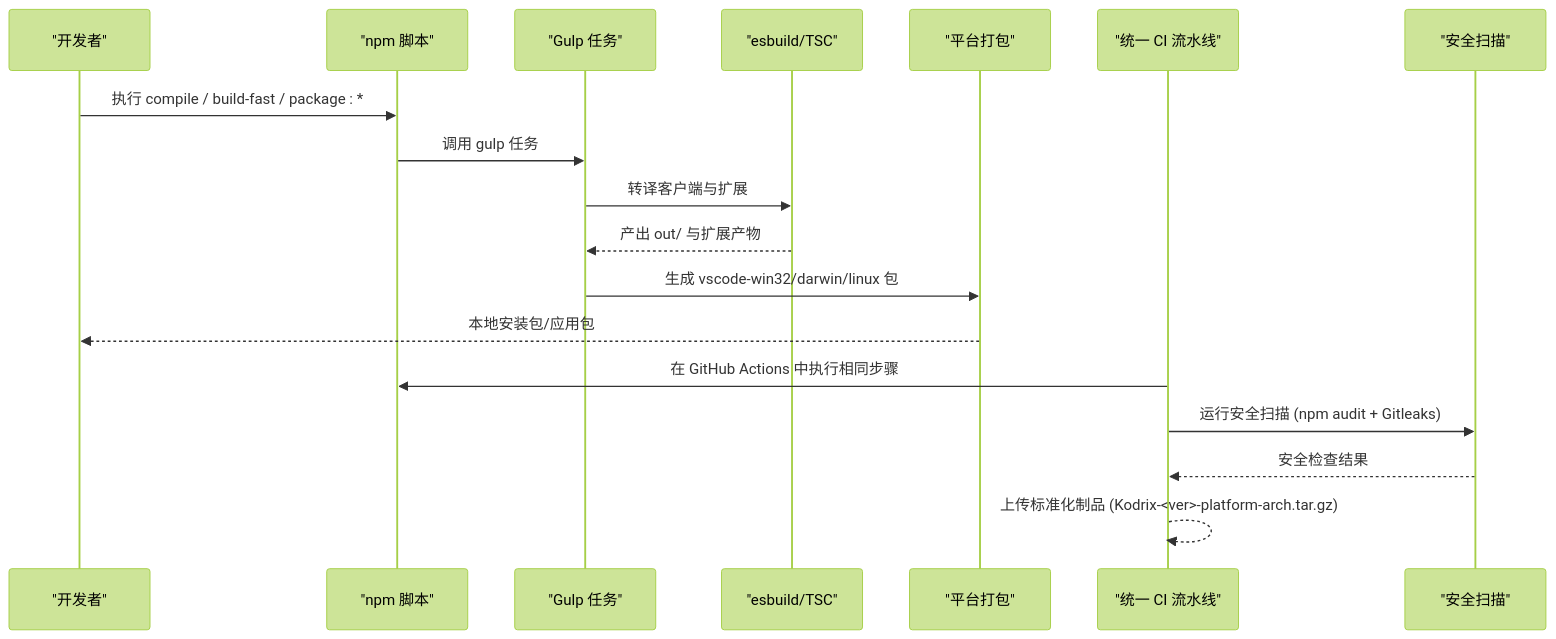
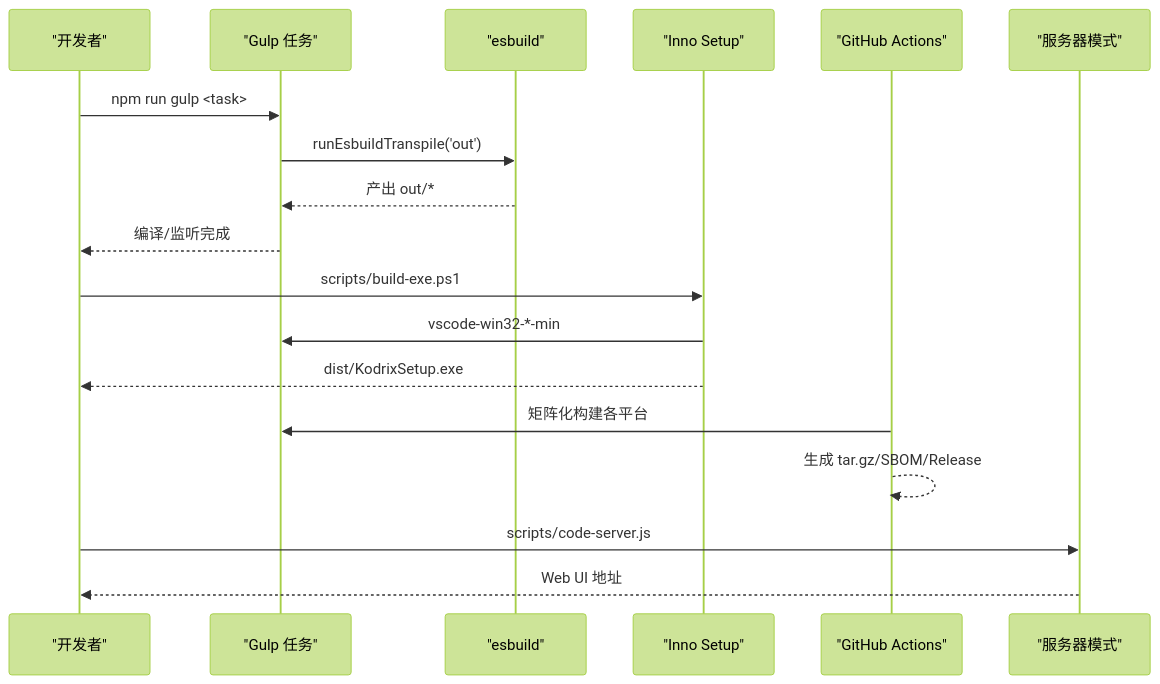
The second of 7 diagrams in .qoder/repowiki/zh/content/构建与部署/构建与部署.md (sofate798/KodrixCode), drawn with Mermaid (forest theme) before and after one commit. The commit also changed other lines of this file and 178 other files, not shown here.

````diff
--- a/.qoder/repowiki/zh/content/构建与部署/构建与部署.md
+++ b/.qoder/repowiki/zh/content/构建与部署/构建与部署.md
@@ -101,20 +90,20 @@
 ```mermaid
 sequenceDiagram
 participant Dev as "开发者"
-participant NPM as "npm 脚本"
 participant Gulp as "Gulp 任务"
-participant ES as "esbuild/TSC"
-participant Pack as "平台打包"
-participant CI as "统一 CI 流水线"
-participant Sec as "安全扫描"
-Dev->>NPM : 执行 compile / build-fast / package : *
-NPM->>Gulp : 调用 gulp 任务
-Gulp->>ES : 转译客户端与扩展
-ES-->>Gulp : 产出 out/ 与扩展产物
-Gulp->>Pack : 生成 vscode-win32/darwin/linux 包
-Pack-->>Dev : 本地安装包/应用包
-CI->>NPM : 在 GitHub Actions 中执行相同步骤
-CI->>Sec : 运行安全扫描 (npm audit + Gitleaks)
-Sec-->>CI : 安全检查结果
-CI-->>CI : 上传标准化制品 (Kodrix-<ver>-platform-arch.tar.gz)
+participant Esb as "esbuild"
+participant Win as "Inno Setup"
+participant GH as "GitHub Actions"
+participant Srv as "服务器模式"
+Dev->>Gulp : npm run gulp <task>
+Gulp->>Esb : runEsbuildTranspile('out')
+Esb-->>Gulp : 产出 out/*
+Gulp-->>Dev : 编译/监听完成
+Dev->>Win : scripts/build-exe.ps1
+Win->>Gulp : vscode-win32-*-min
+Win-->>Dev : dist/KodrixSetup.exe
+GH->>Gulp : 矩阵化构建各平台
+GH-->>GH : 生成 tar.gz/SBOM/Release
+Dev->>Srv : scripts/code-server.js
+Srv-->>Dev : Web UI 地址
 ```
````
